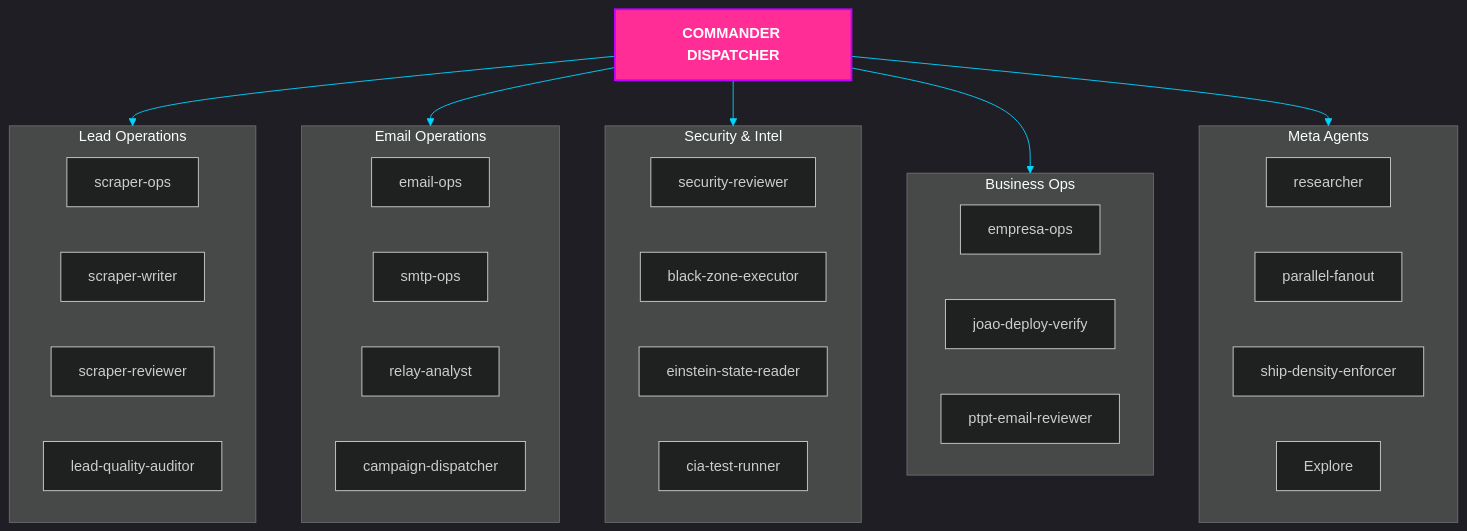
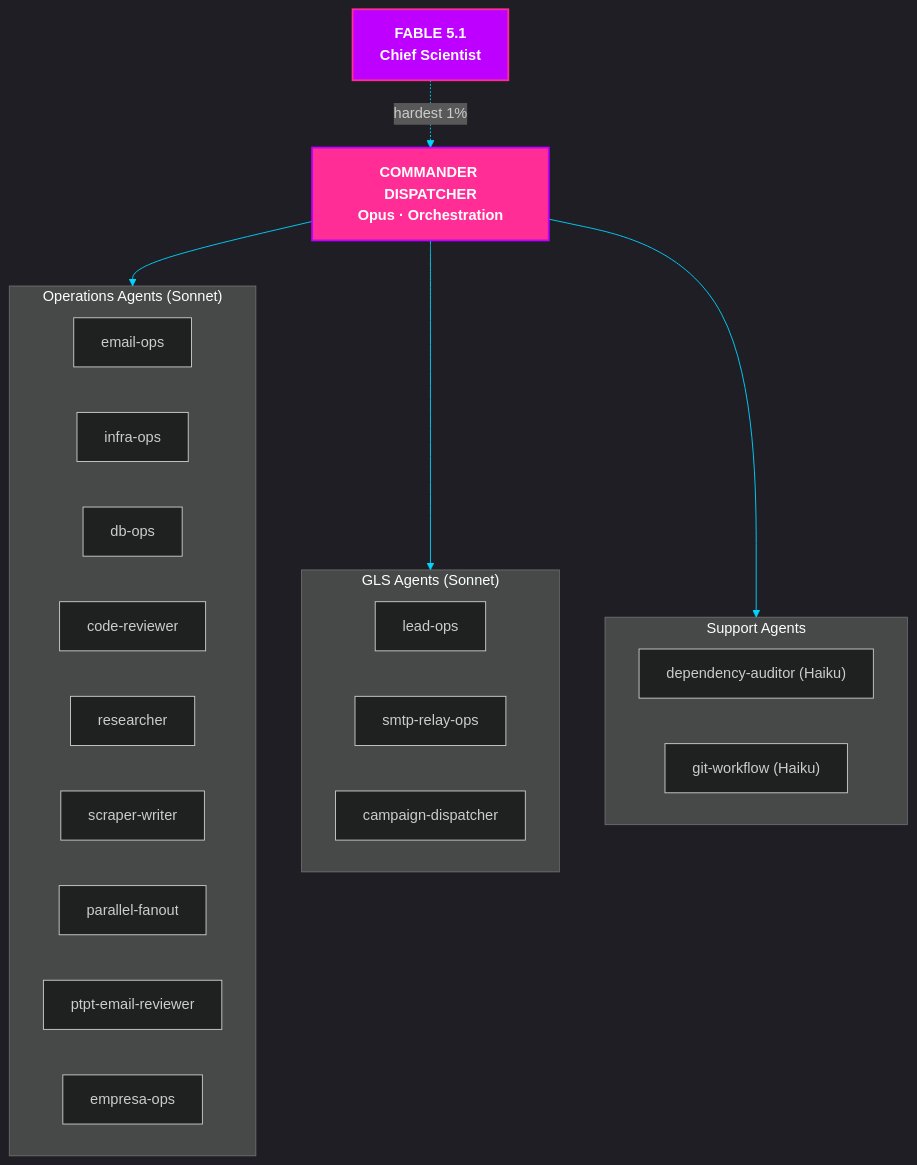
Diagram 12 of 15 in README.md (MatheusAgueda/MatheusAgueda), drawn with Mermaid before and after one commit. The commit also changed other lines of this file, not shown here.

First line of the commit message:
feat: redesign profile — remove CIA/security, add Fleet Brain, update stats to 2026

````diff
--- a/README.md
+++ b/README.md
@@ -2011,48 +1840,38 @@
 ```mermaid
 %%{init: {'theme': 'dark', 'themeVariables': {'primaryColor': '#FF2D95', 'primaryTextColor': '#fff', 'primaryBorderColor': '#BD00FF', 'lineColor': '#00D4FF'}}}%%
 
 graph TD
-    CMD["COMMANDER DISPATCHER"]
+    FABLE["FABLE 5.1<br/>Chief Scientist"]
+    CMD["COMMANDER DISPATCHER<br/>Opus · Orchestration"]
 
-    subgraph SCRAPING["Lead Operations"]
-        SO["scraper-ops"]
+    subgraph OPS["Operations Agents (Sonnet)"]
+        EO["email-ops"]
+        IO["infra-ops"]
+        DO["db-ops"]
+        CR["code-reviewer"]
+        RS["researcher"]
         SW["scraper-writer"]
-        SR["scraper-reviewer"]
-        LQ["lead-quality-auditor"]
+        PF["parallel-fanout"]
+        PT["ptpt-email-reviewer"]
+        EP["empresa-ops"]
     end
 
-    subgraph EMAIL["Email Operations"]
-        EO["email-ops"]
-        SM["smtp-ops"]
-        RA["relay-analyst"]
+    subgraph GLS_AGENTS["GLS Agents (Sonnet)"]
+        LO["lead-ops"]
+        SM["smtp-relay-ops"]
         CD["campaign-dispatcher"]
     end
 
-    subgraph SECURITY["Security & Intel"]
-        SV["security-reviewer"]
-        BZ["black-zone-executor"]
-        ER["einstein-state-reader"]
-        CT["cia-test-runner"]
+    subgraph SUPPORT["Support Agents"]
+        DA["dependency-auditor (Haiku)"]
+        GW["git-workflow (Haiku)"]
     end
 
-    subgraph BUSINESS["Business Ops"]
-        EP["empresa-ops"]
-        JD["joao-deploy-verify"]
-        PT["ptpt-email-reviewer"]
-    end
+    FABLE -.->|hardest 1%| CMD
+    CMD --> OPS
+    CMD --> GLS_AGENTS
+    CMD --> SUPPORT
 
-    subgraph META["Meta Agents"]
-        RS["researcher"]
-        PF["parallel-fanout"]
-        SD["ship-density-enforcer"]
-        EX["Explore"]
-    end
-
-    CMD --> SCRAPING
-    CMD --> EMAIL
-    CMD --> SECURITY
-    CMD --> BUSINESS
-    CMD --> META
-
+    style FABLE fill:#BD00FF,stroke:#FF2D95,color:#fff,font-weight:bold,stroke-width:2px
     style CMD fill:#FF2D95,stroke:#BD00FF,color:#fff,font-weight:bold,stroke-width:2px
 ```
````
